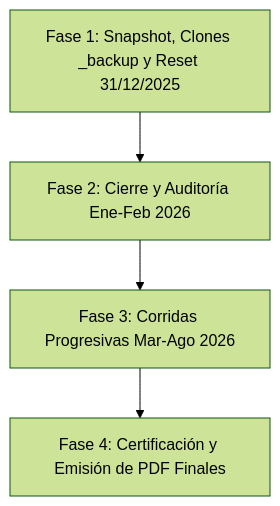
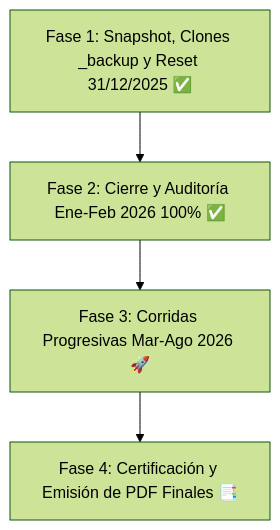
One commit to RichGutz/Inandes.ERP.React changed the diagram in Obsidian/Inandes.Inversionistas.React/PLAN_CONTROL_CALIDAD_CRM_INVERSIONISTAS.md. Above: the diagram before and after it, drawn with Mermaid (forest theme). The commit also changed other lines of this file and 2 other files, not shown here.

````diff
--- a/Obsidian/Inandes.Inversionistas.React/PLAN_CONTROL_CALIDAD_CRM_INVERSIONISTAS.md
+++ b/Obsidian/Inandes.Inversionistas.React/PLAN_CONTROL_CALIDAD_CRM_INVERSIONISTAS.md
@@ -19,6 +19,6 @@
 ```mermaid
 graph TD
-    F1[Fase 1: Snapshot, Clones _backup y Reset 31/12/2025] --> F2[Fase 2: Cierre y Auditoría Ene-Feb 2026]
-    F2 --> F3[Fase 3: Corridas Progresivas Mar-Ago 2026]
-    F3 --> F4[Fase 4: Certificación y Emisión de PDF Finales]
+    F1[Fase 1: Snapshot, Clones _backup y Reset 31/12/2025 ✅] --> F2[Fase 2: Cierre y Auditoría Ene-Feb 2026 100% ✅]
+    F2 --> F3[Fase 3: Corridas Progresivas Mar-Ago 2026 🚀]
+    F3 --> F4[Fase 4: Certificación y Emisión de PDF Finales 📑]
 ```
````
